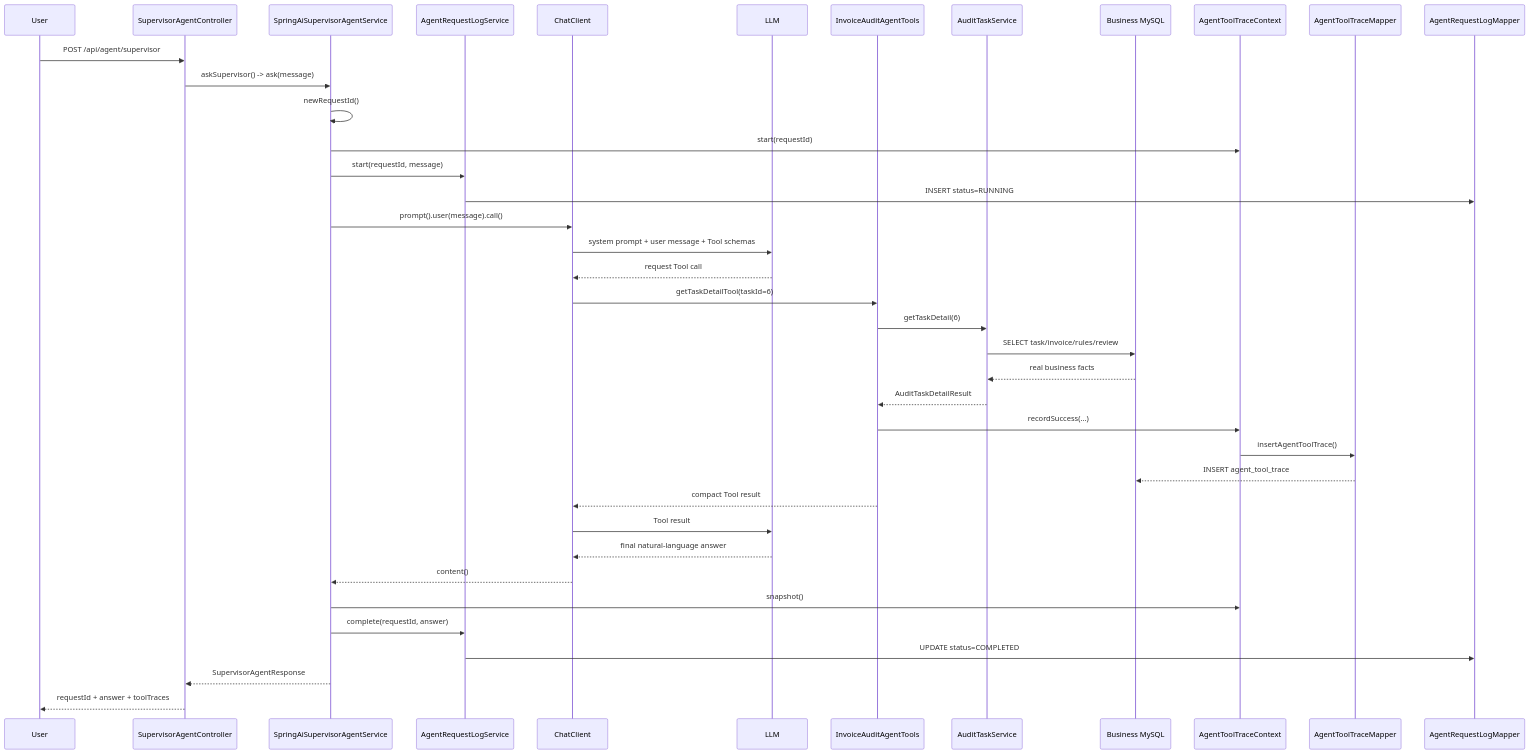
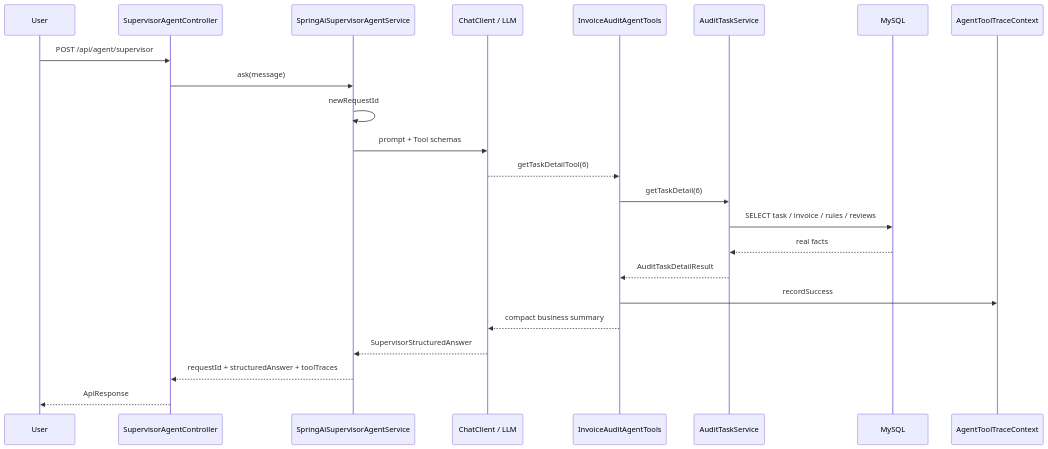
Before and after one commit to Chuan1130/invoice-agent-system: the sixth of 9 diagrams in README.md, drawn with Mermaid. The commit also changed other lines of this file and 1 other file, not shown here.

Commit message:
docs: visualize Agent Runtime v1.0 and runtime guards

````diff
--- a/README.md
+++ b/README.md
@@ -341,49 +352,26 @@
 ```mermaid
 sequenceDiagram
     participant U as User
     participant C as SupervisorAgentController
     participant S as SpringAiSupervisorAgentService
-    participant RL as AgentRequestLogService
-    participant CC as ChatClient
-    participant L as LLM
+    participant L as ChatClient / LLM
     participant T as InvoiceAuditAgentTools
-    participant BS as AuditTaskService
-    participant DB as Business MySQL
-    participant TC as AgentToolTraceContext
-    participant TM as AgentToolTraceMapper
-    participant RM as AgentRequestLogMapper
+    participant B as AuditTaskService
+    participant DB as MySQL
+    participant TR as AgentToolTraceContext
 
     U->>C: POST /api/agent/supervisor
-    C->>S: askSupervisor() -> ask(message)
-
-    S->>S: newRequestId()
-    S->>TC: start(requestId)
-    S->>RL: start(requestId, message)
-    RL->>RM: INSERT status=RUNNING
-
-    S->>CC: prompt().user(message).call()
-    CC->>L: system prompt + user message + Tool schemas
-
-    L-->>CC: request Tool call
-    CC->>T: getTaskDetailTool(taskId=6)
-    T->>BS: getTaskDetail(6)
-    BS->>DB: SELECT task/invoice/rules/review
-    DB-->>BS: real business facts
-    BS-->>T: AuditTaskDetailResult
-
-    T->>TC: recordSuccess(...)
-    TC->>TM: insertAgentToolTrace()
-    TM-->>DB: INSERT agent_tool_trace
-
-    T-->>CC: compact Tool result
-    CC->>L: Tool result
-    L-->>CC: final natural-language answer
-    CC-->>S: content()
-
-    S->>TC: snapshot()
-    S->>RL: complete(requestId, answer)
-    RL->>RM: UPDATE status=COMPLETED
-
-    S-->>C: SupervisorAgentResponse
-    C-->>U: requestId + answer + toolTraces
+    C->>S: ask(message)
+    S->>S: newRequestId
+    S->>L: prompt + Tool schemas
+    L-->>T: getTaskDetailTool(6)
+    T->>B: getTaskDetail(6)
+    B->>DB: SELECT task / invoice / rules / reviews
+    DB-->>B: real facts
+    B-->>T: AuditTaskDetailResult
+    T->>TR: recordSuccess
+    T-->>L: compact business summary
+    L-->>S: SupervisorStructuredAnswer
+    S-->>C: requestId + structuredAnswer + toolTraces
+    C-->>U: ApiResponse
 ```
````
